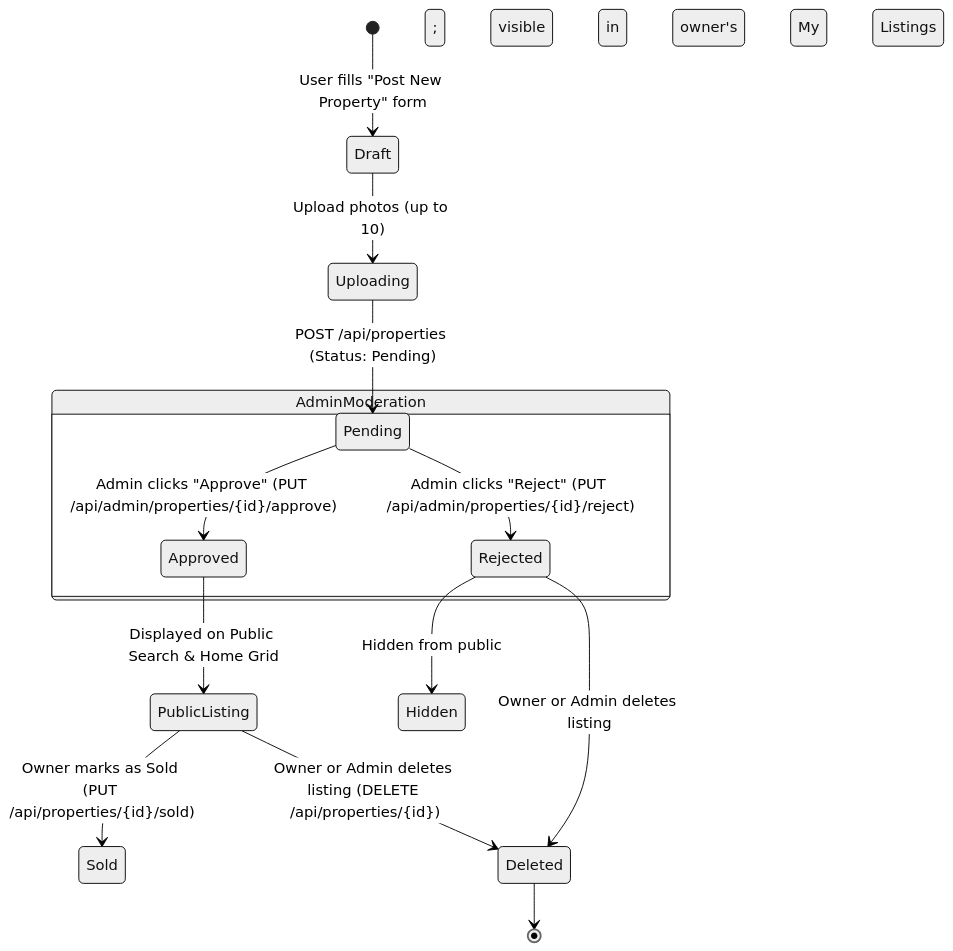
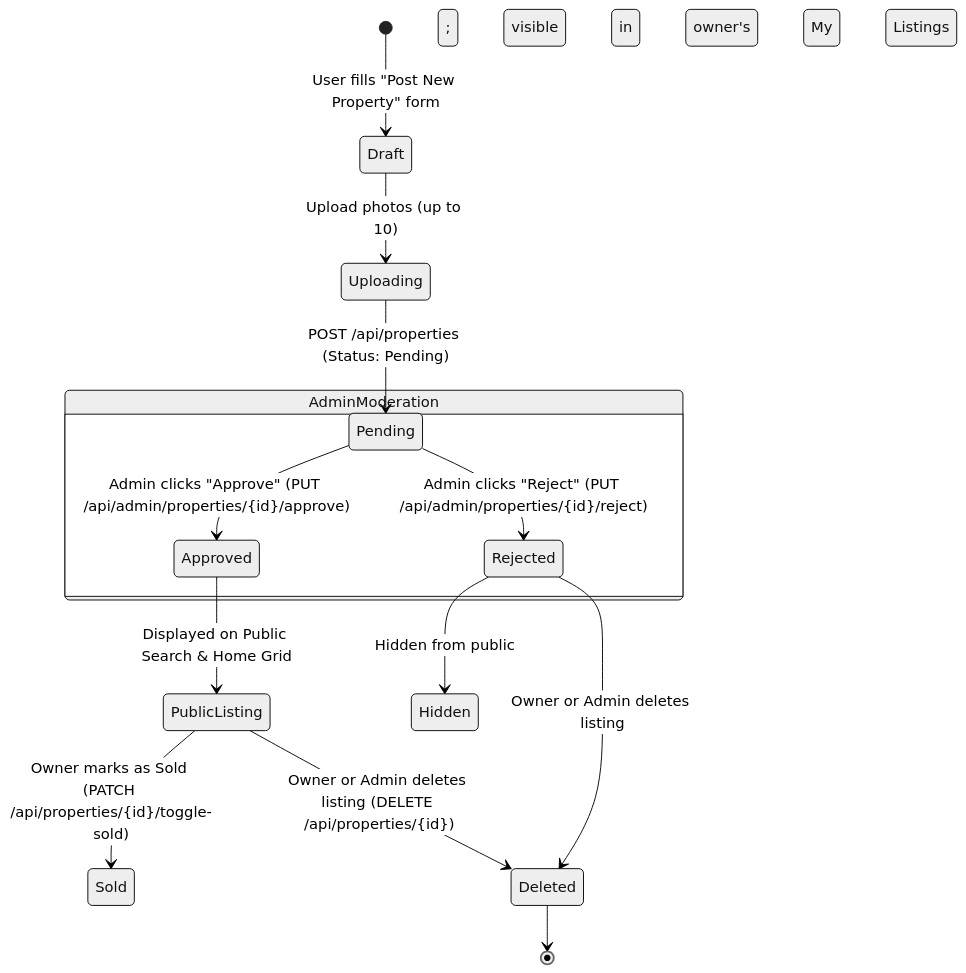
The third of 4 diagrams in README.md (praneethnawarathna/Sasrika-Real-Estate), drawn with Mermaid (neutral theme) before and after one commit. The commit also changed other lines of this file, not shown here.

````diff
--- a/README.md
+++ b/README.md
@@ -696,20 +652,20 @@
 ```mermaid
 stateDiagram-v2
     [*] --> Draft: User fills "Post New Property" form
     Draft --> Uploading: Upload photos (up to 10)
     Uploading --> Pending: POST /api/properties (Status: Pending)
     
     state AdminModeration {
         Pending --> Approved: Admin clicks "Approve" (PUT /api/admin/properties/{id}/approve)
         Pending --> Rejected: Admin clicks "Reject" (PUT /api/admin/properties/{id}/reject)
     }
 
     Approved --> PublicListing: Displayed on Public Search & Home Grid
     Rejected --> Hidden: Hidden from public; visible in owner's My Listings
     
-    PublicListing --> Sold: Owner marks as Sold (PUT /api/properties/{id}/sold)
+    PublicListing --> Sold: Owner marks as Sold (PATCH /api/properties/{id}/toggle-sold)
     PublicListing --> Deleted: Owner or Admin deletes listing (DELETE /api/properties/{id})
     Rejected --> Deleted: Owner or Admin deletes listing
     
     Deleted --> [*]
 ```
````
